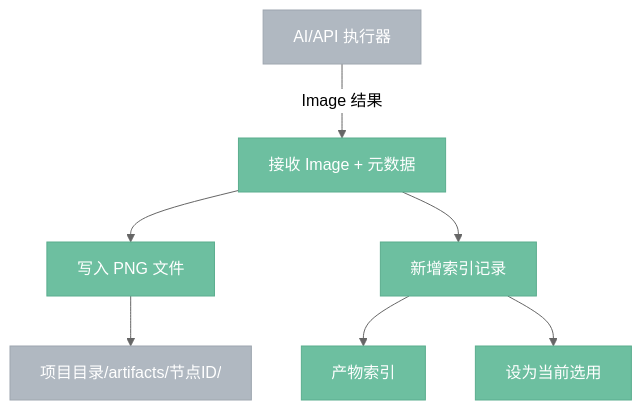
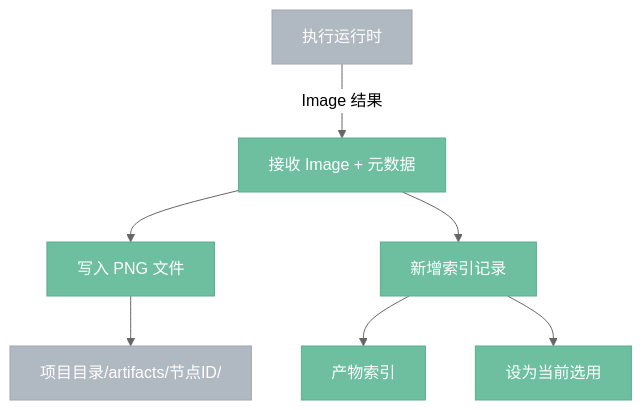
Before and after one commit to aporicho/nodeimg: the second of 6 diagrams in docs/target/4.6.0-artifact.draft.md, drawn with Mermaid (neutral theme). The commit also changed other lines of this file and 90 other files, not shown here.

First line of the commit message:
refactor(engine): restructure graph module and scaffold scheduler

````diff
--- a/docs/target/4.6.0-artifact.draft.md
+++ b/docs/target/4.6.0-artifact.draft.md
@@ -164,13 +189,13 @@
 ```mermaid
 %%{ init: { 'flowchart': { 'curve': 'basis' } } }%%
 flowchart TB
     classDef internal fill:#6DBFA0,stroke:#5BAD8E,color:#fff
     classDef external fill:#B0B8C1,stroke:#9EA6AF,color:#fff
 
-    执行器["AI/API 执行器"]:::external -->|"Image 结果"| 接收["接收 Image + 元数据"]:::internal
+    运行时["执行运行时"]:::external -->|"Image 结果"| 接收["接收 Image + 元数据"]:::internal
     接收 --> 写磁盘["写入 PNG 文件"]:::internal
     写磁盘 --> 磁盘["项目目录/artifacts/节点ID/"]:::external
     接收 --> 更新索引["新增索引记录"]:::internal
     更新索引 --> 索引["产物索引"]:::internal
     更新索引 --> 设为当前["设为当前选用"]:::internal
 ```
````
